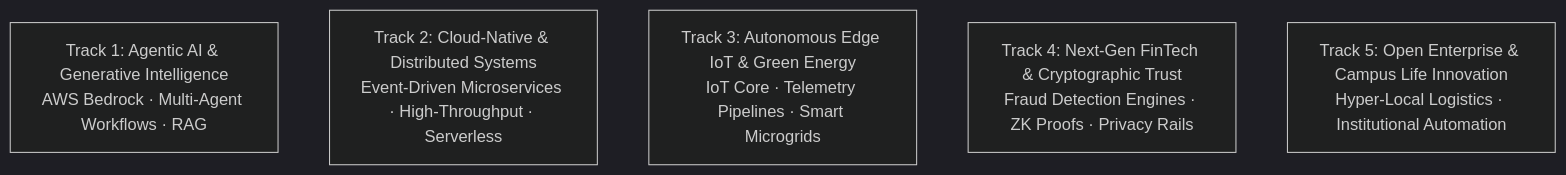
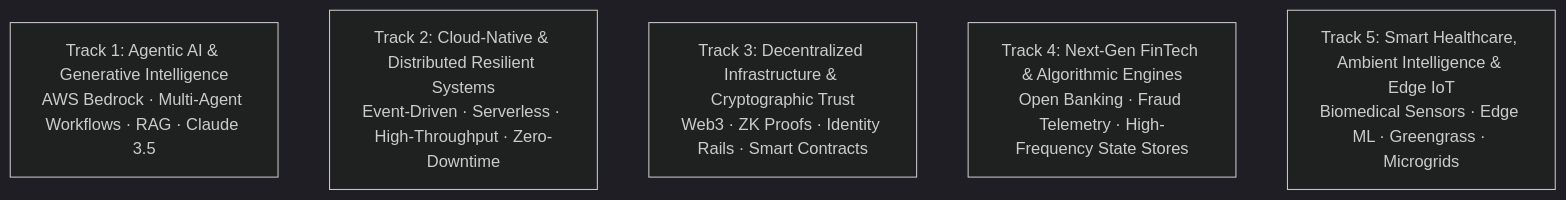
Before and after one commit to MasterZ1311/Kairos: the diagram in docs/06_tracks_problem_statements_and_tech.md, drawn with Mermaid (dark theme). The commit also changed other lines of this file and 100 other files, not shown here.

````diff
--- a/docs/06_tracks_problem_statements_and_tech.md
+++ b/docs/06_tracks_problem_statements_and_tech.md
@@ -13,8 +18,8 @@
 ```mermaid
 graph TD
-    T1["Track 1: Agentic AI & Generative Intelligence<br/>AWS Bedrock · Multi-Agent Workflows · RAG"]
-    T2["Track 2: Cloud-Native & Distributed Systems<br/>Event-Driven Microservices · High-Throughput · Serverless"]
-    T3["Track 3: Autonomous Edge IoT & Green Energy<br/>IoT Core · Telemetry Pipelines · Smart Microgrids"]
-    T4["Track 4: Next-Gen FinTech & Cryptographic Trust<br/>Fraud Detection Engines · ZK Proofs · Privacy Rails"]
-    T5["Track 5: Open Enterprise & Campus Life Innovation<br/>Hyper-Local Logistics · Institutional Automation"]
+    T1["Track 1: Agentic AI & Generative Intelligence<br/>AWS Bedrock · Multi-Agent Workflows · RAG · Claude 3.5"]
+    T2["Track 2: Cloud-Native & Distributed Resilient Systems<br/>Event-Driven · Serverless · High-Throughput · Zero-Downtime"]
+    T3["Track 3: Decentralized Infrastructure & Cryptographic Trust<br/>Web3 · ZK Proofs · Identity Rails · Smart Contracts"]
+    T4["Track 4: Next-Gen FinTech & Algorithmic Engines<br/>Open Banking · Fraud Telemetry · High-Frequency State Stores"]
+    T5["Track 5: Smart Healthcare, Ambient Intelligence & Edge IoT<br/>Biomedical Sensors · Edge ML · Greengrass · Microgrids"]
 ```
````
